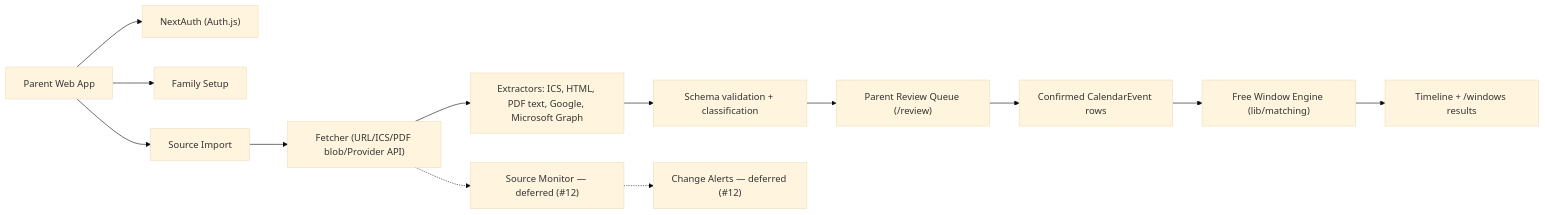
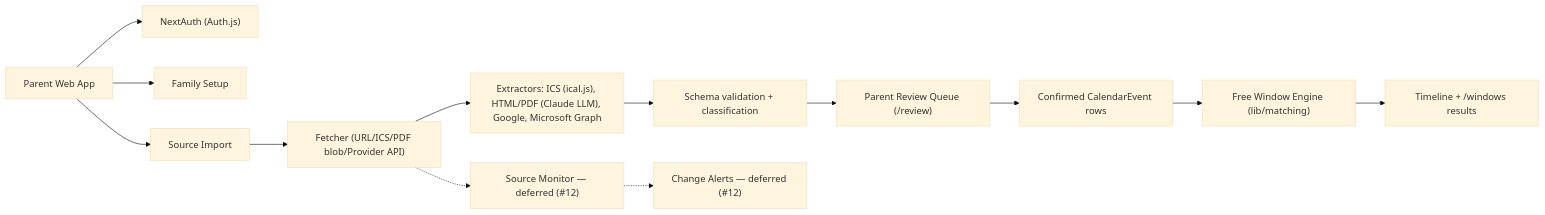
Before and after one commit to igortsives/togetherly: the diagram in docs/ARCHITECTURE.md, drawn with Mermaid (base theme). The commit also changed other lines of this file and 19 other files, not shown here.

First line of the commit message:
Delete heuristic HTML/PDF extractors; LLM is the only path (#157)

````diff
--- a/docs/ARCHITECTURE.md
+++ b/docs/ARCHITECTURE.md
@@ -21,15 +21,15 @@
 ```mermaid
 flowchart LR
   User["Parent Web App"] --> Auth["NextAuth (Auth.js)"]
   User --> Family["Family Setup"]
   User --> Sources["Source Import"]
   Sources --> Fetcher["Fetcher (URL/ICS/PDF blob/Provider API)"]
-  Fetcher --> Extractors["Extractors: ICS, HTML, PDF text, Google, Microsoft Graph"]
+  Fetcher --> Extractors["Extractors: ICS (ical.js), HTML/PDF (Claude LLM), Google, Microsoft Graph"]
   Extractors --> Normalizer["Schema validation + classification"]
   Normalizer --> Review["Parent Review Queue (/review)"]
   Review --> Events["Confirmed CalendarEvent rows"]
   Events --> Matcher["Free Window Engine (lib/matching)"]
   Matcher --> UI["Timeline + /windows results"]
   Fetcher -.-> Monitor["Source Monitor — deferred (#12)"]
   Monitor -.-> Alerts["Change Alerts — deferred (#12)"]
 ```
````
